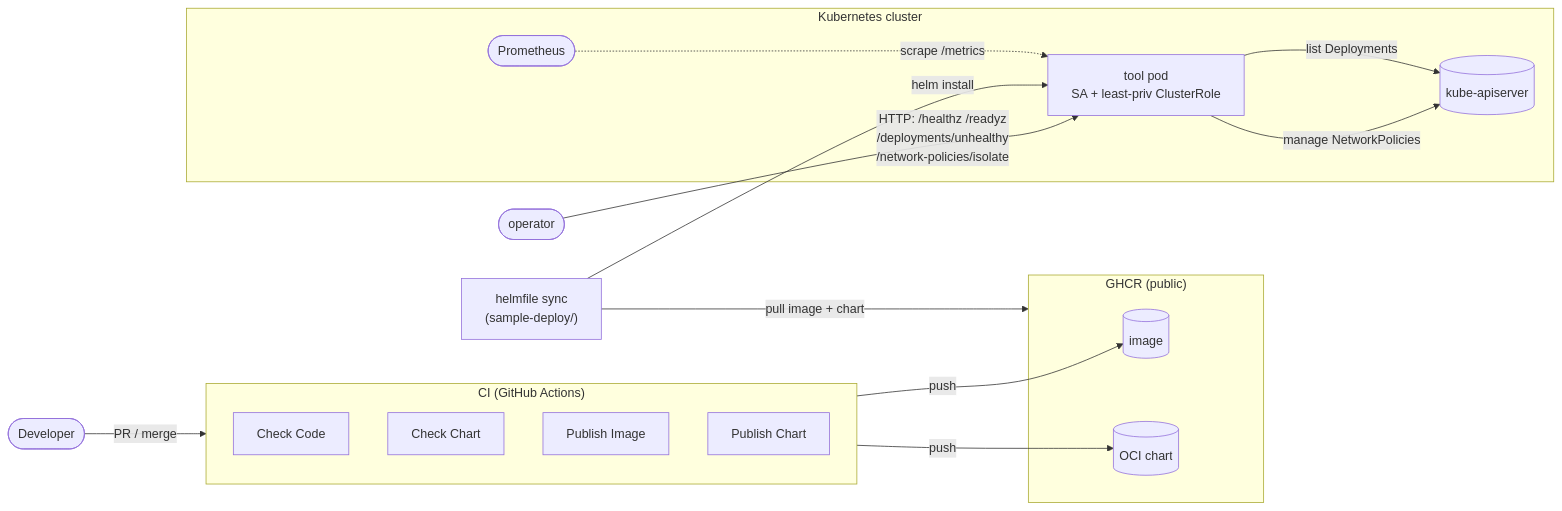
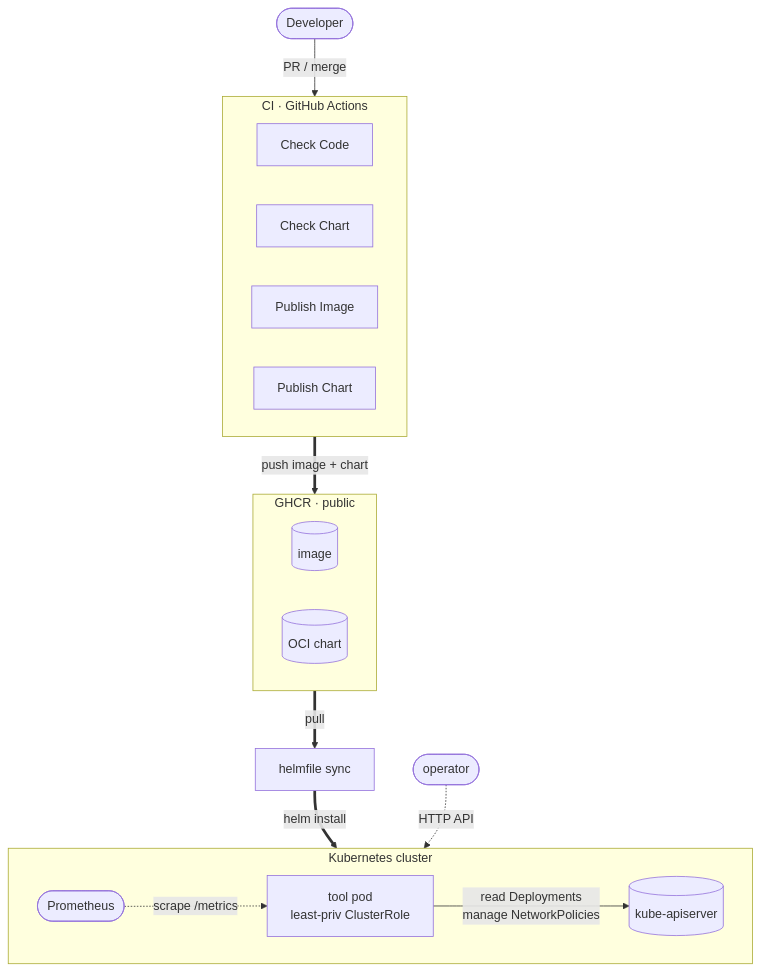
Before and after one commit to 75asu/tyk-sre-assignment: the diagram in README.md, drawn with Mermaid.

Commit message:
docs: cleaner top-down architecture diagram (#11)

````diff
--- a/README.md
+++ b/README.md
@@ -9,34 +9,32 @@
 ```mermaid
-flowchart LR
-    dev([Developer]) -->|"PR / merge"| ci
+%%{init: {'flowchart': {'curve': 'basis'}}}%%
+flowchart TB
+    dev([Developer]) -->|PR / merge| ci
 
-    subgraph ci["CI (GitHub Actions)"]
-        direction TB
-        cc["Check Code"]
-        ch["Check Chart"]
-        pi["Publish Image"]
-        pc["Publish Chart"]
+    subgraph ci["CI · GitHub Actions"]
+        direction LR
+        cc[Check Code]
+        ch[Check Chart]
+        pi[Publish Image]
+        pc[Publish Chart]
     end
 
-    subgraph ghcr["GHCR (public)"]
-        img[("image")]
-        chart[("OCI chart")]
+    ci ==>|push image + chart| ghcr
+
+    subgraph ghcr["GHCR · public"]
+        direction LR
+        img[(image)]
+        chart[(OCI chart)]
     end
 
-    pi -->|push| img
-    pc -->|push| chart
-
-    hf["helmfile sync<br>(sample-deploy/)"] -->|"pull image + chart"| ghcr
+    ghcr ==>|pull| hf[helmfile sync]
 
     subgraph cluster["Kubernetes cluster"]
-        pod["tool pod<br>SA + least-priv ClusterRole"]
-        api[("kube-apiserver")]
-        prom(["Prometheus"])
-        pod -->|"list Deployments"| api
-        pod -->|"manage NetworkPolicies"| api
-        prom -.->|"scrape /metrics"| pod
+        direction LR
+        prom([Prometheus]) -.->|scrape /metrics| pod["tool pod<br/>least-priv ClusterRole"]
+        pod -->|read Deployments<br/>manage NetworkPolicies| api[(kube-apiserver)]
     end
 
-    hf -->|"helm install"| pod
-    op([operator]) -->|"HTTP: /healthz /readyz<br>/deployments/unhealthy<br>/network-policies/isolate"| pod
+    hf ==>|helm install| pod
+    op([operator]) -.->|HTTP API| pod
 ```
````
